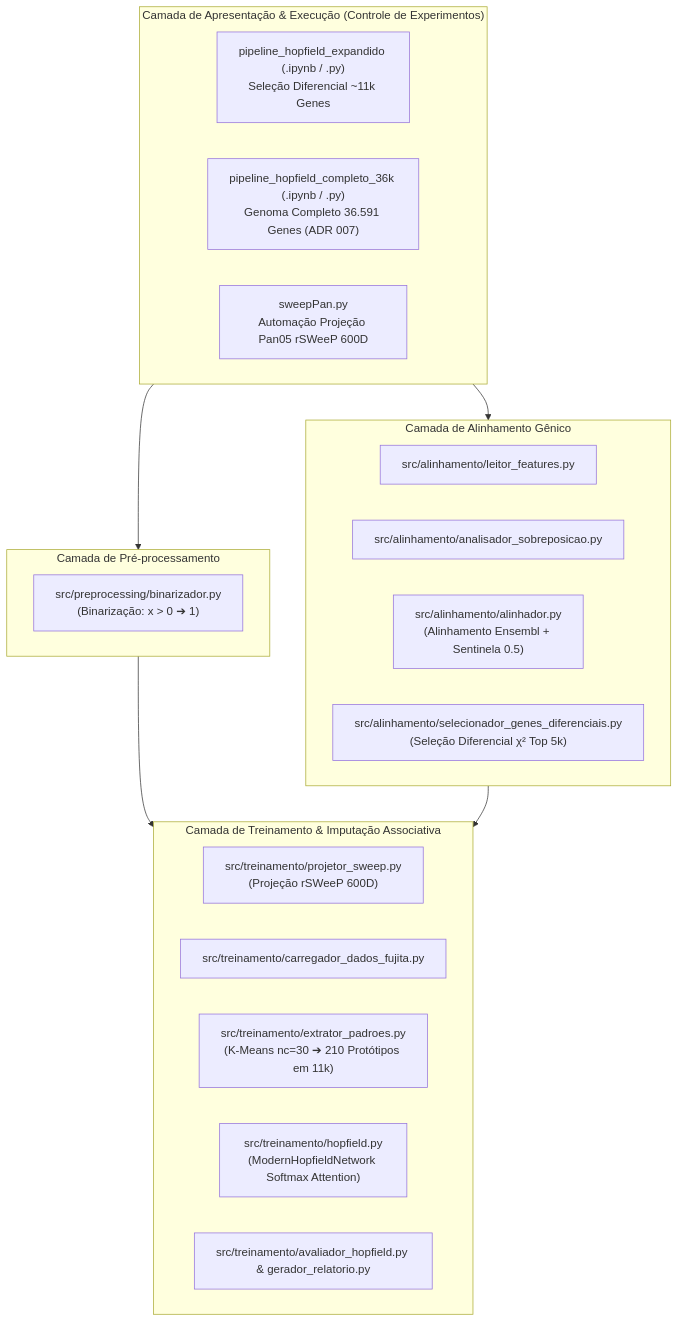
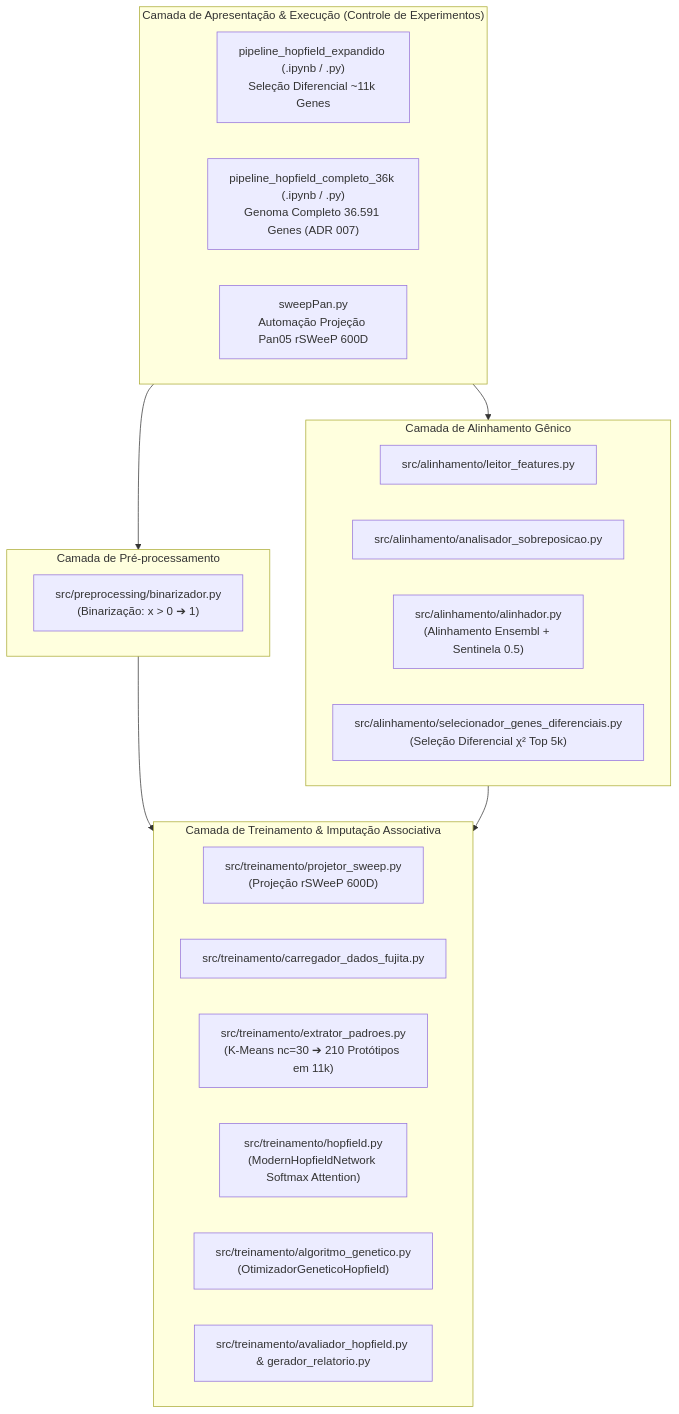
Before and after one commit to letdevx/pipiline_hopifield: the first of 2 diagrams in second_brain/01_Projetos/pipeline_hopfield_expandido/arquitetura_do_sistema.md, drawn with Mermaid. The commit also changed other lines of this file and 6 other files, not shown here.

Commit message:
feat(treinamento): implementa algoritmo genetico para otimizacao de hiperparametros da rede hopfield

````diff
--- a/second_brain/01_Projetos/pipeline_hopfield_expandido/arquitetura_do_sistema.md
+++ b/second_brain/01_Projetos/pipeline_hopfield_expandido/arquitetura_do_sistema.md
@@ -22,32 +22,33 @@
 ```mermaid
 graph TD
     subgraph Presentation["Camada de Apresentação & Execução (Controle de Experimentos)"]
         NB11K["pipeline_hopfield_expandido (.ipynb / .py)<br/>Seleção Diferencial ~11k Genes"]
         NB36K["pipeline_hopfield_completo_36k (.ipynb / .py)<br/>Genoma Completo 36.591 Genes (ADR 007)"]
         SWPAN["sweepPan.py<br/>Automação Projeção Pan05 rSWeeP 600D"]
     end
 
     subgraph Preprocessing["Camada de Pré-processamento"]
         BIN["src/preprocessing/binarizador.py<br/>(Binarização: x > 0 ➔ 1)"]
     end
 
     subgraph Alignment["Camada de Alinhamento Gênico"]
         LEIT["src/alinhamento/leitor_features.py"]
         SOBR["src/alinhamento/analisador_sobreposicao.py"]
         ALIN["src/alinhamento/alinhador.py<br/>(Alinhamento Ensembl + Sentinela 0.5)"]
         SELE["src/alinhamento/selecionador_genes_diferenciais.py<br/>(Seleção Diferencial χ² Top 5k)"]
     end
 
     subgraph Training["Camada de Treinamento & Imputação Associativa"]
         PROJ["src/treinamento/projetor_sweep.py<br/>(Projeção rSWeeP 600D)"]
         CARR["src/treinamento/carregador_dados_fujita.py"]
         EXTR["src/treinamento/extrator_padroes.py<br/>(K-Means nc=30 ➔ 210 Protótipos em 11k)"]
         HOPF["src/treinamento/hopfield.py<br/>(ModernHopfieldNetwork Softmax Attention)"]
+        GA["src/treinamento/algoritmo_genetico.py<br/>(OtimizadorGeneticoHopfield)"]
         EVAL["src/treinamento/avaliador_hopfield.py & gerador_relatorio.py"]
     end
 
     Presentation --> Preprocessing
     Presentation --> Alignment
     Preprocessing --> Training
     Alignment --> Training
 ```
````
